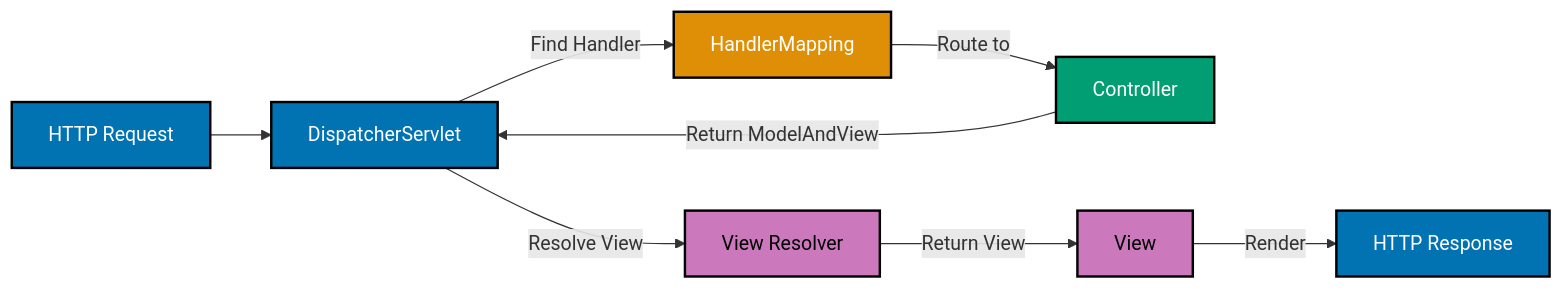
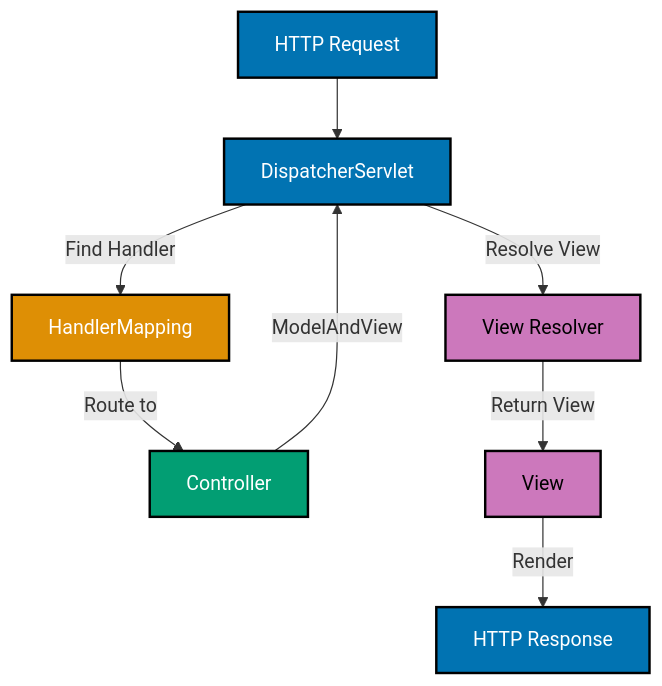
One commit to wahidyankf/ose-primer changed the diagram in docs/explanation/software-engineering/platform-web/tools/jvm-spring/web-mvc.md. Above: the diagram before and after it, drawn with Mermaid. The commit also changed other lines of this file and 86 other files, not shown here.

````diff
--- a/docs/explanation/software-engineering/platform-web/tools/jvm-spring/web-mvc.md
+++ b/docs/explanation/software-engineering/platform-web/tools/jvm-spring/web-mvc.md
@@ -43,26 +43,26 @@
 ```mermaid
 %% Color Palette: Blue #0173B2, Orange #DE8F05, Teal #029E73, Purple #CC78BC
 %% All colors are color-blind friendly and meet WCAG AA contrast standards
 
-graph LR
+graph TD
     A["HTTP Request"]:::blue
     B["DispatcherServlet"]:::blue
     C["HandlerMapping"]:::orange
     D["Controller"]:::teal
     E["View Resolver"]:::purple
     F["View"]:::purple
     G["HTTP Response"]:::blue
 
     A --> B
     B -->|Find Handler| C
     C -->|Route to| D
-    D -->|Return ModelAndView| B
+    D -->|ModelAndView| B
     B -->|Resolve View| E
     E -->|Return View| F
     F -->|Render| G
 
     classDef blue fill:#0173B2,stroke:#000000,color:#FFFFFF,stroke-width:2px
     classDef orange fill:#DE8F05,stroke:#000000,color:#FFFFFF,stroke-width:2px
     classDef teal fill:#029E73,stroke:#000000,color:#FFFFFF,stroke-width:2px
     classDef purple fill:#CC78BC,stroke:#000000,color:#000000,stroke-width:2px
 ```
````
